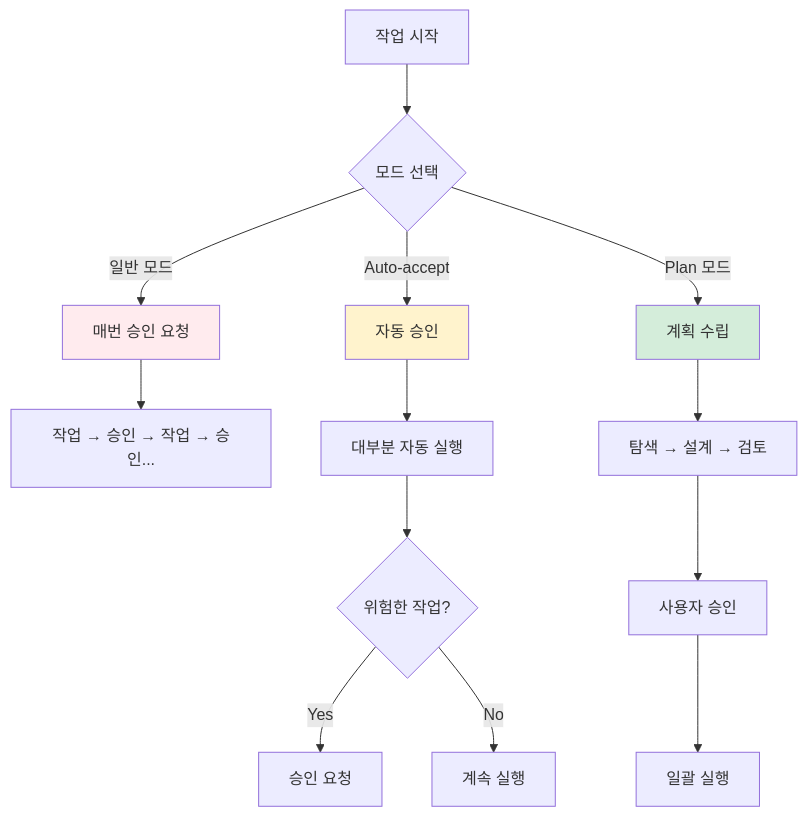
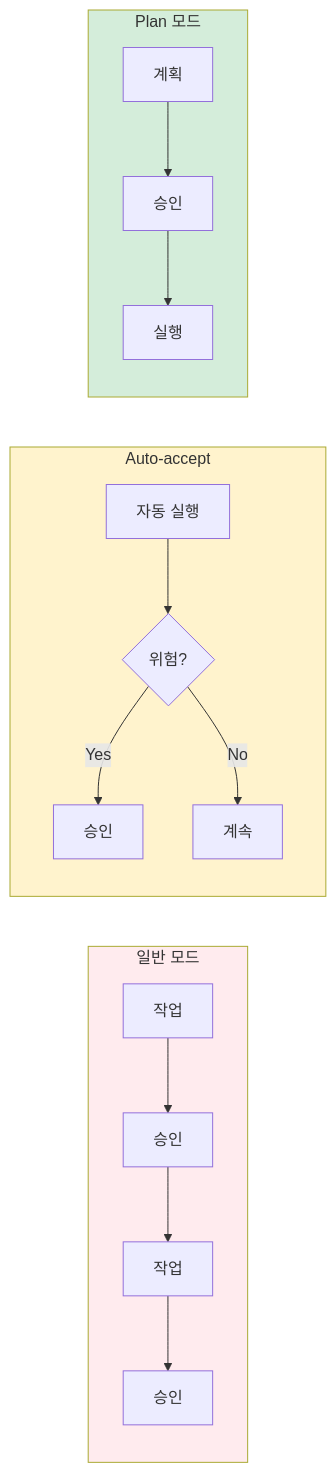
One commit to Kanghyeop/pages-book-agent101 changed the third of 6 diagrams in appendix-a/A01.md. Above: the diagram before and after it, drawn with Mermaid. The commit also changed other lines of this file and 2 other files, not shown here.

Commit message:
Mermaid TD→LR 동기화 + 네비게이션 스크립트 개선
- 15, 24, A01 파일 flowchart 수정 반영
- 이전/다음 네비게이션 안정성 향상

````diff
--- a/appendix-a/A01.md
+++ b/appendix-a/A01.md
@@ -117,23 +117,20 @@
 ```mermaid
-flowchart TD
-    Start[작업 시작] --> Mode{모드 선택}
+flowchart LR
+    subgraph Normal["일반 모드"]
+        N1["작업"] --> N2["승인"] --> N3["작업"] --> N4["승인"]
+    end
 
-    Mode -->|일반 모드| Normal[매번 승인 요청]
-    Mode -->|Auto-accept| Auto[자동 승인]
-    Mode -->|Plan 모드| Plan[계획 수립]
+    subgraph Auto["Auto-accept"]
+        A1["자동 실행"] --> A2{"위험?"}
+        A2 -->|Yes| A3["승인"]
+        A2 -->|No| A4["계속"]
+    end
 
-    Normal --> N1["작업 → 승인 → 작업 → 승인..."]
-
-    Auto --> A1[대부분 자동 실행]
-    A1 --> A2{위험한 작업?}
-    A2 -->|Yes| A3[승인 요청]
-    A2 -->|No| A4[계속 실행]
-
-    Plan --> P1[탐색 → 설계 → 검토]
-    P1 --> P2[사용자 승인]
-    P2 --> P3[일괄 실행]
+    subgraph Plan["Plan 모드"]
+        P1["계획"] --> P2["승인"] --> P3["실행"]
+    end
 
     style Normal fill:#FFEBEE
     style Auto fill:#FFF3CD
     style Plan fill:#D4EDDA
 ```
````
